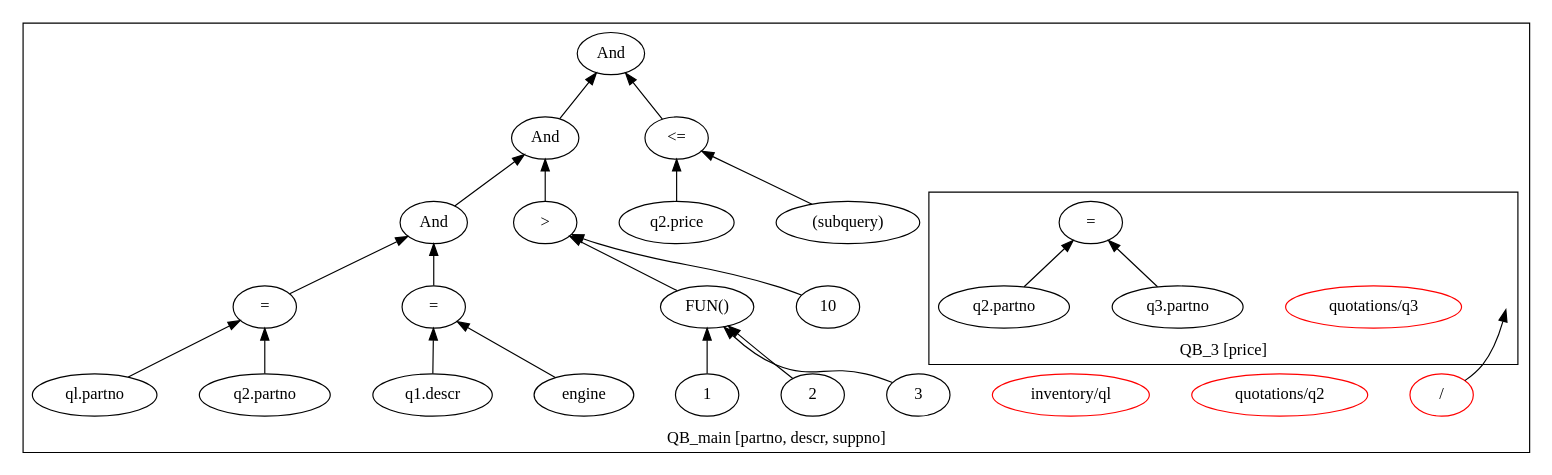
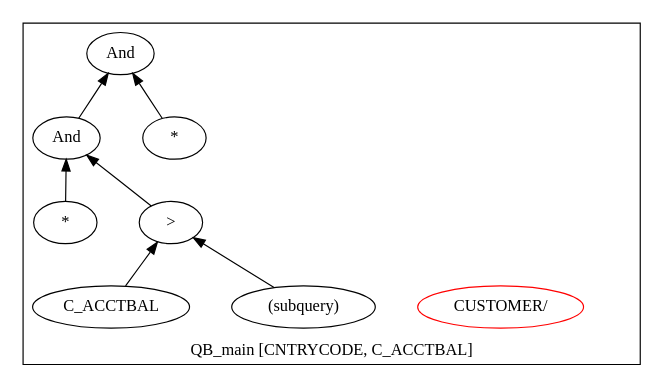
Before and after one commit to adarshpannu/kona: the diagram in qgm.dot, drawn with Graphviz. The commit also changed 6 other files, not shown here.

```diff
--- a/qgm.dot
+++ b/qgm.dot
@@ -1,58 +1,23 @@
 digraph example1 {
     rankdir=BT;
     nodesep=0.5;
     ordering="in";
   subgraph cluster_QB_main {
-    label = "QB_main [partno, descr, suppno]";
+    label = "QB_main [CNTRYCODE, C_ACCTBAL]";
     "QB_main_pt"[shape=point, color=white];
-    "QUN_4"[label="/", color=red]
-    "QUN_4" -> "QB_3_pt";
-  subgraph cluster_QB_3 {
-    label = "QB_3 [price]";
-    "QB_3_pt"[shape=point, color=white];
-    "QUN_2"[label="quotations/q3", color=red]
-    exprnode0x7f98d4512fa8[label="="];
-    exprnode0x7f98d4512ee8 -> exprnode0x7f98d4512fa8;
-    exprnode0x7f98d4512f58 -> exprnode0x7f98d4512fa8;
-    exprnode0x7f98d4512ee8[label="q2.partno"];
-    exprnode0x7f98d4512f58[label="q3.partno"];
-}
-    "QUN_1"[label="quotations/q2", color=red]
-    "QUN_0"[label="inventory/ql", color=red]
-    exprnode0x7f98d4513588[label="And"];
-    exprnode0x7f98d4511ce8 -> exprnode0x7f98d4513588;
-    exprnode0x7f98d4513538 -> exprnode0x7f98d4513588;
-    exprnode0x7f98d4511ce8[label="And"];
-    exprnode0x7f98d4510108 -> exprnode0x7f98d4511ce8;
-    exprnode0x7f98d4511c98 -> exprnode0x7f98d4511ce8;
-    exprnode0x7f98d4510108[label="And"];
-    exprnode0x7f98d450ed08 -> exprnode0x7f98d4510108;
-    exprnode0x7f98d45100b8 -> exprnode0x7f98d4510108;
-    exprnode0x7f98d450ed08[label="="];
-    exprnode0x7f98d450e578 -> exprnode0x7f98d450ed08;
-    exprnode0x7f98d450ecb8 -> exprnode0x7f98d450ed08;
-    exprnode0x7f98d450e578[label="ql.partno"];
-    exprnode0x7f98d450ecb8[label="q2.partno"];
-    exprnode0x7f98d45100b8[label="="];
-    exprnode0x7f98d450ed78 -> exprnode0x7f98d45100b8;
-    exprnode0x7f98d450fc28 -> exprnode0x7f98d45100b8;
-    exprnode0x7f98d450ed78[label="q1.descr"];
-    exprnode0x7f98d450fc28[label="engine"];
-    exprnode0x7f98d4511c98[label=">"];
-    exprnode0x7f98d4511b28 -> exprnode0x7f98d4511c98;
-    exprnode0x7f98d4510e58 -> exprnode0x7f98d4511c98;
-    exprnode0x7f98d4511b28[label="FUN()"];
-    exprnode0x7f98d4511178 -> exprnode0x7f98d4511b28;
-    exprnode0x7f98d4511178[label="1"];
-    exprnode0x7f98d45111e8 -> exprnode0x7f98d4511b28;
-    exprnode0x7f98d45111e8[label="2"];
-    exprnode0x7f98d4511668 -> exprnode0x7f98d4511b28;
-    exprnode0x7f98d4511668[label="3"];
-    exprnode0x7f98d4510e58[label="10"];
-    exprnode0x7f98d4513538[label="<="];
-    exprnode0x7f98d4512598 -> exprnode0x7f98d4513538;
-    exprnode0x7f98d45134e8 -> exprnode0x7f98d4513538;
-    exprnode0x7f98d4512598[label="q2.price"];
-    exprnode0x7f98d45134e8[label="(subquery)"];
+    "QUN_0"[label="CUSTOMER/", color=red]
+    exprnode0x7ff8dbc32738[label="And"];
+    exprnode0x7ff8dbc318b8 -> exprnode0x7ff8dbc32738;
+    exprnode0x7ff8dbc34148 -> exprnode0x7ff8dbc32738;
+    exprnode0x7ff8dbc318b8[label="And"];
+    exprnode0x7ff8dbc304a8 -> exprnode0x7ff8dbc318b8;
+    exprnode0x7ff8dbc31b48 -> exprnode0x7ff8dbc318b8;
+    exprnode0x7ff8dbc304a8[label="*"];
+    exprnode0x7ff8dbc31b48[label=">"];
+    exprnode0x7ff8dbc2e6e8 -> exprnode0x7ff8dbc31b48;
+    exprnode0x7ff8dbc31818 -> exprnode0x7ff8dbc31b48;
+    exprnode0x7ff8dbc2e6e8[label="C_ACCTBAL"];
+    exprnode0x7ff8dbc31818[label="(subquery)"];
+    exprnode0x7ff8dbc34148[label="*"];
 }
 }
```
